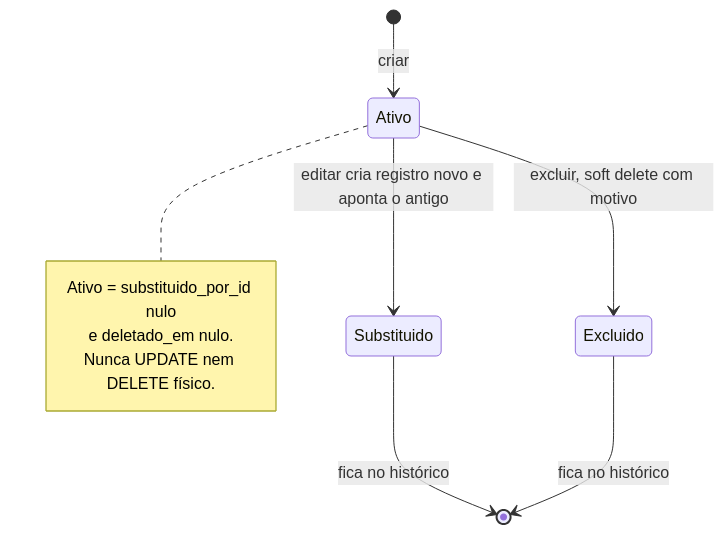
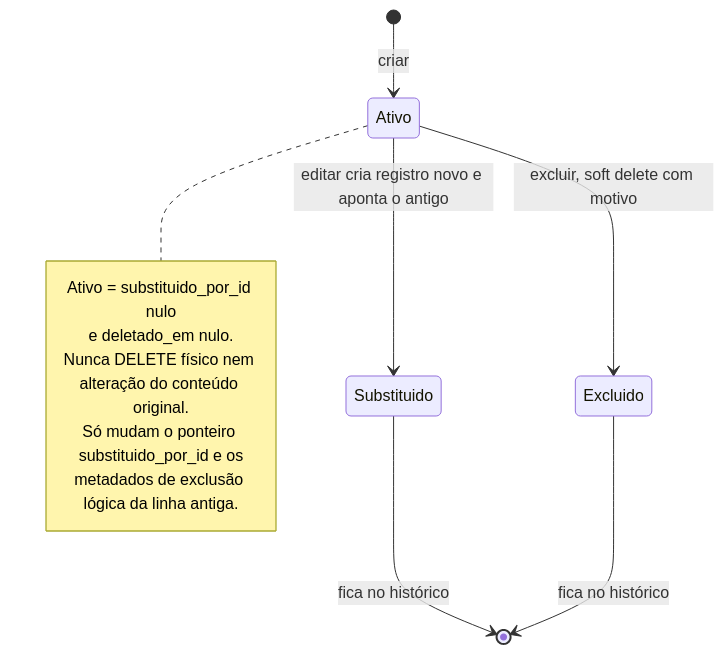
Before and after one commit to devs-ministerio/par_equipamentos: the eighth of 12 diagrams in docs/mermaid/monitoramento-interno.md, drawn with Mermaid. The commit also changed other lines of this file and 6 other files, not shown here.

Commit message:
docs: corrige mapas Mermaid segundo a auditoria (Portal opcional, prova gravada, cardinalidades, rotas, jobs)

````diff
--- a/docs/mermaid/monitoramento-interno.md
+++ b/docs/mermaid/monitoramento-interno.md
@@ -290,13 +290,13 @@
 ```mermaid
 stateDiagram-v2
     [*] --> Ativo: criar
     Ativo --> Substituido: editar cria registro novo e aponta o antigo
     Ativo --> Excluido: excluir, soft delete com motivo
     Substituido --> [*]: fica no histórico
     Excluido --> [*]: fica no histórico
     note right of Ativo
         Ativo = substituido_por_id nulo
         e deletado_em nulo.
-        Nunca UPDATE nem DELETE físico.
+        Nunca DELETE físico nem alteração do conteúdo original.<br/>Só mudam o ponteiro substituido_por_id e os<br/>metadados de exclusão lógica da linha antiga.
     end note
 ```
````
